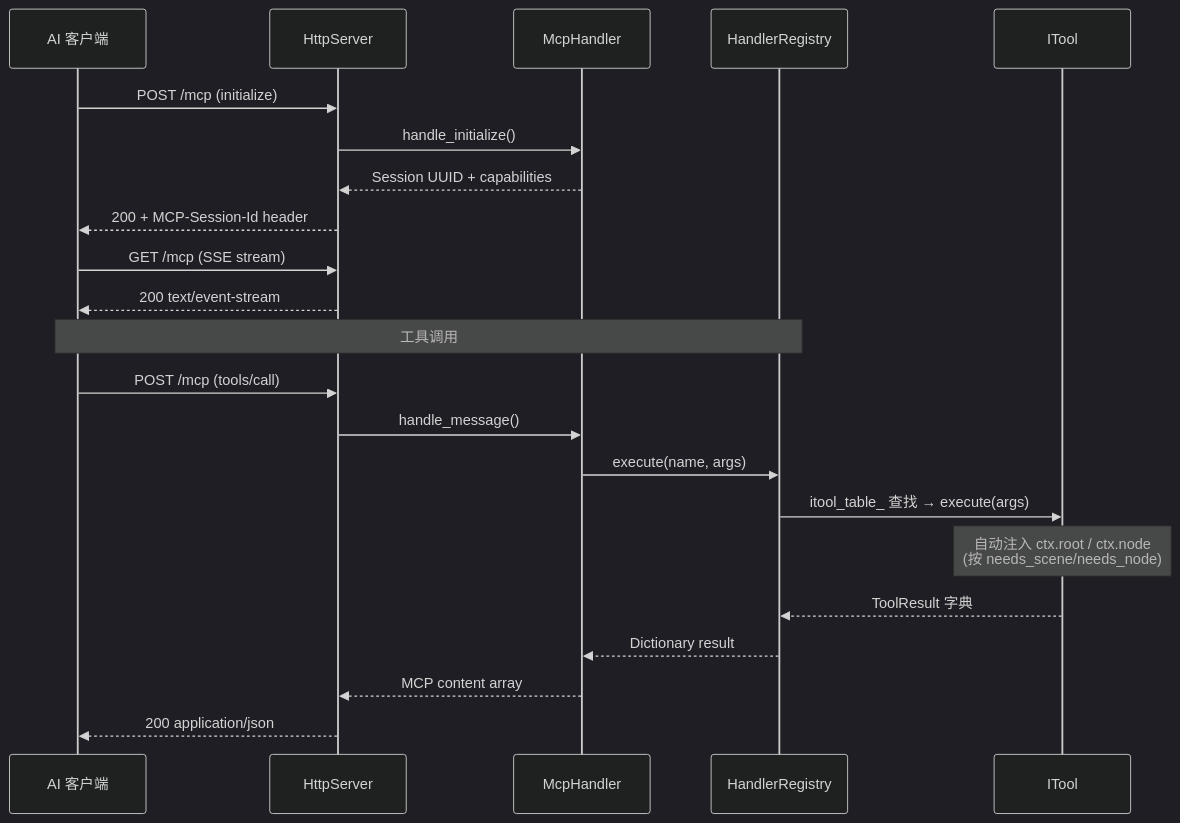
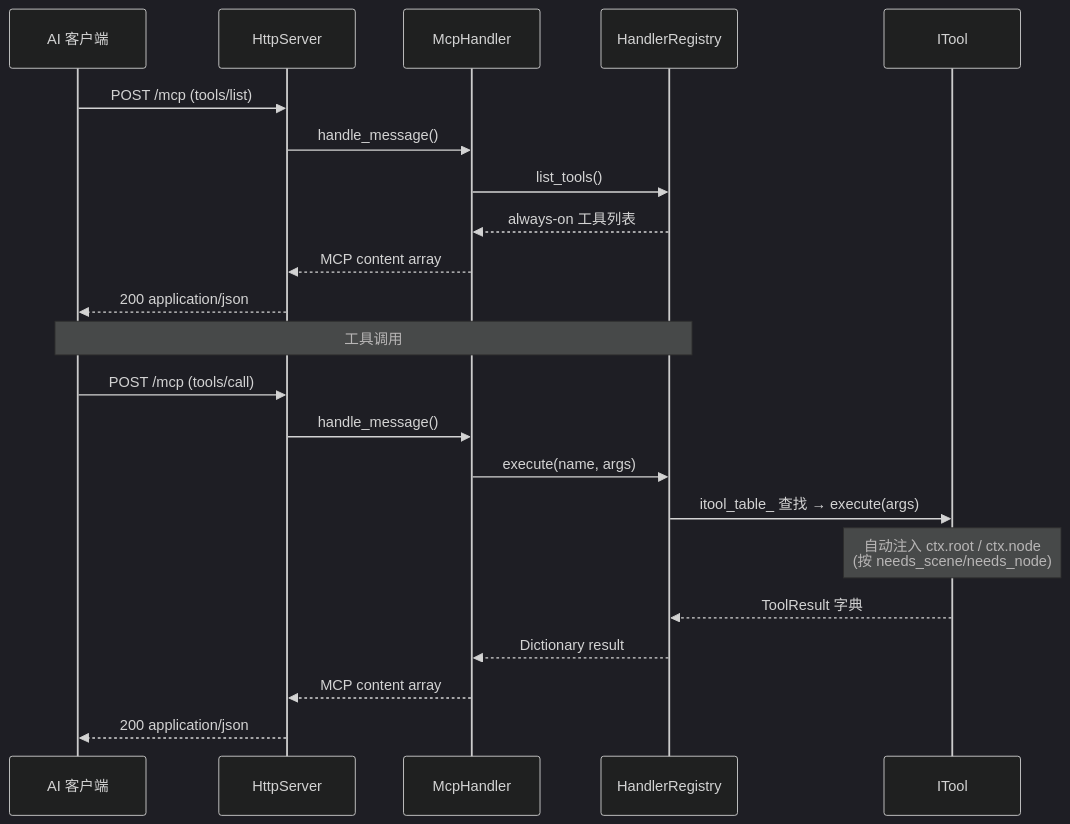
One commit to jesspig/GodotMCP-GDExtension changed the second of 3 diagrams in .repo_wiki/overview/architecture.md. Above: the diagram before and after it, drawn with Mermaid (dark theme). The commit also changed other lines of this file and 15 other files, not shown here.

````diff
--- a/.repo_wiki/overview/architecture.md
+++ b/.repo_wiki/overview/architecture.md
@@ -51,24 +51,24 @@
 ```mermaid
 sequenceDiagram
     participant AI as AI 客户端
     participant H as HttpServer
     participant M as McpHandler
     participant G as HandlerRegistry
     participant T as ITool
-    AI->>H: POST /mcp (initialize)
-    H->>M: handle_initialize()
-    M-->>H: Session UUID + capabilities
-    H-->>AI: 200 + MCP-Session-Id header
-    AI->>H: GET /mcp (SSE stream)
-    H-->>AI: 200 text/event-stream
+    AI->>H: POST /mcp (tools/list)
+    H->>M: handle_message()
+    M->>G: list_tools()
+    G-->>M: always-on 工具列表
+    M-->>H: MCP content array
+    H-->>AI: 200 application/json
     Note over AI,G: 工具调用
     AI->>H: POST /mcp (tools/call)
     H->>M: handle_message()
     M->>G: execute(name, args)
     G->>T: itool_table_ 查找 → execute(args)
     Note over T: 自动注入 ctx.root / ctx.node<br/>(按 needs_scene/needs_node)
     T-->>G: ToolResult 字典
     G-->>M: Dictionary result
     M-->>H: MCP content array
     H-->>AI: 200 application/json
 ```
````
